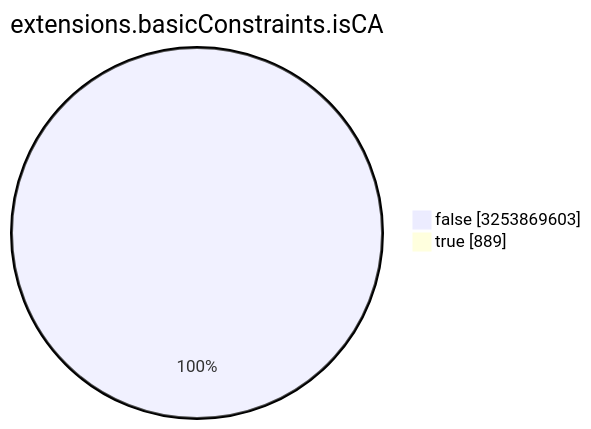
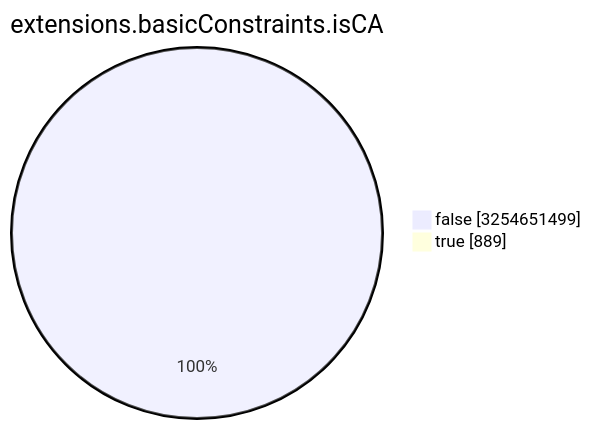
Before and after one commit to christiankrug/ctmonitor_visualization: the seventh of 15 diagrams in TOTAL/README.md, drawn with Mermaid. The commit also changed other lines of this file, not shown here.

````diff
--- a/TOTAL/README.md
+++ b/TOTAL/README.md
@@ -3088,6 +3088,6 @@
 ```mermaid
 pie showData
 title extensions.basicConstraints.isCA
-"false" :3253869603
+"false" :3254651499
 "true" :889
 ```
````
